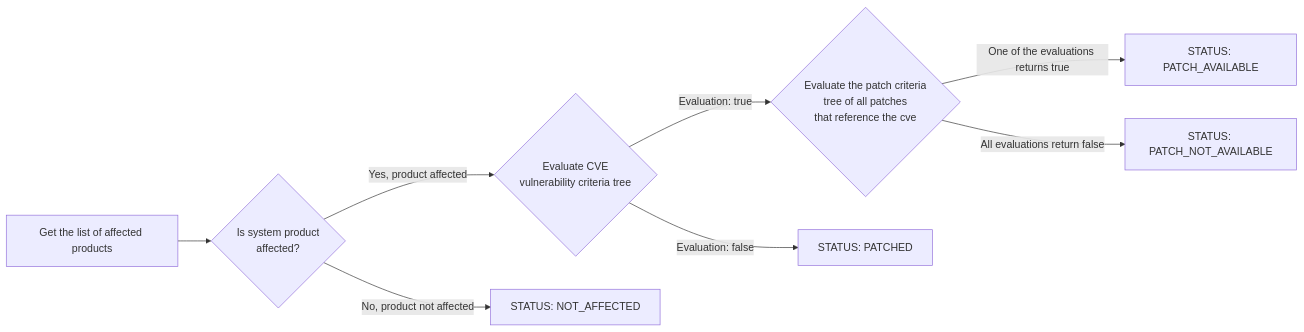
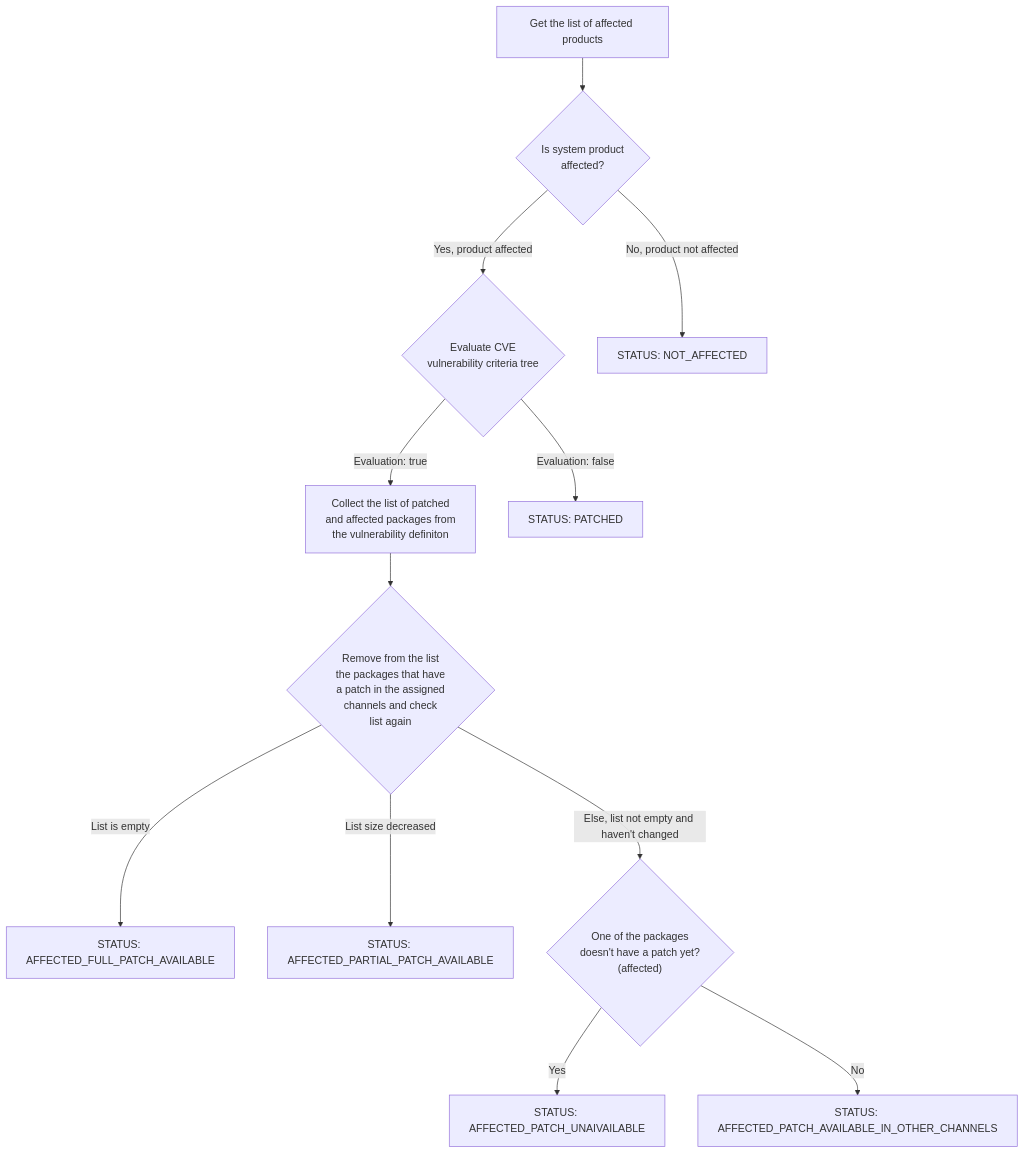
The diagram in accepted/0000-cve-auditing-with-oval.md (uyuni-project/uyuni-rfc), drawn with Mermaid before and after one commit. The commit also changed other lines of this file, not shown here.

````diff
--- a/accepted/0000-cve-auditing-with-oval.md
+++ b/accepted/0000-cve-auditing-with-oval.md
@@ -119,11 +131,14 @@
 ```mermaid
-flowchart LR
+flowchart TD
     A[Get the list of affected products] --> B{Is system product\n affected?}
     B -->|Yes, product affected| G{Evaluate CVE\n vulnerability criteria tree}
     B -->|No, product not affected| F[STATUS: NOT_AFFECTED]
-
-    G --> |Evaluation: true| H{Evaluate the patch criteria\n tree of all patches\n that reference the cve}
-    H --> | One of the evaluations returns true | J[STATUS: PATCH_AVAILABLE]
-    H --> | All evaluations return false | K[STATUS: PATCH_NOT_AVAILABLE]
+    G --> |Evaluation: true| H[Collect the list of patched\n and affected packages from\n the vulnerability definiton]
+    H --> J{Remove from the list\n the packages that have \na patch in the assigned\n channels and check\n list again}
+    J --> | List is empty| K[STATUS: AFFECTED_FULL_PATCH_AVAILABLE]
+    J --> | List size decreased| M[STATUS: AFFECTED_PARTIAL_PATCH_AVAILABLE]
+    J --> | Else, list not empty and haven't changed | L{"One of the packages\n doesn't have a patch yet?\n(affected)" }
+    L --> | Yes | X[STATUS: AFFECTED_PATCH_UNAIVAILABLE]
+    L --> | No | W[STATUS: AFFECTED_PATCH_AVAILABLE_IN_OTHER_CHANNELS]
     G --> |Evaluation: false| I[STATUS: PATCHED]
 ```
````
